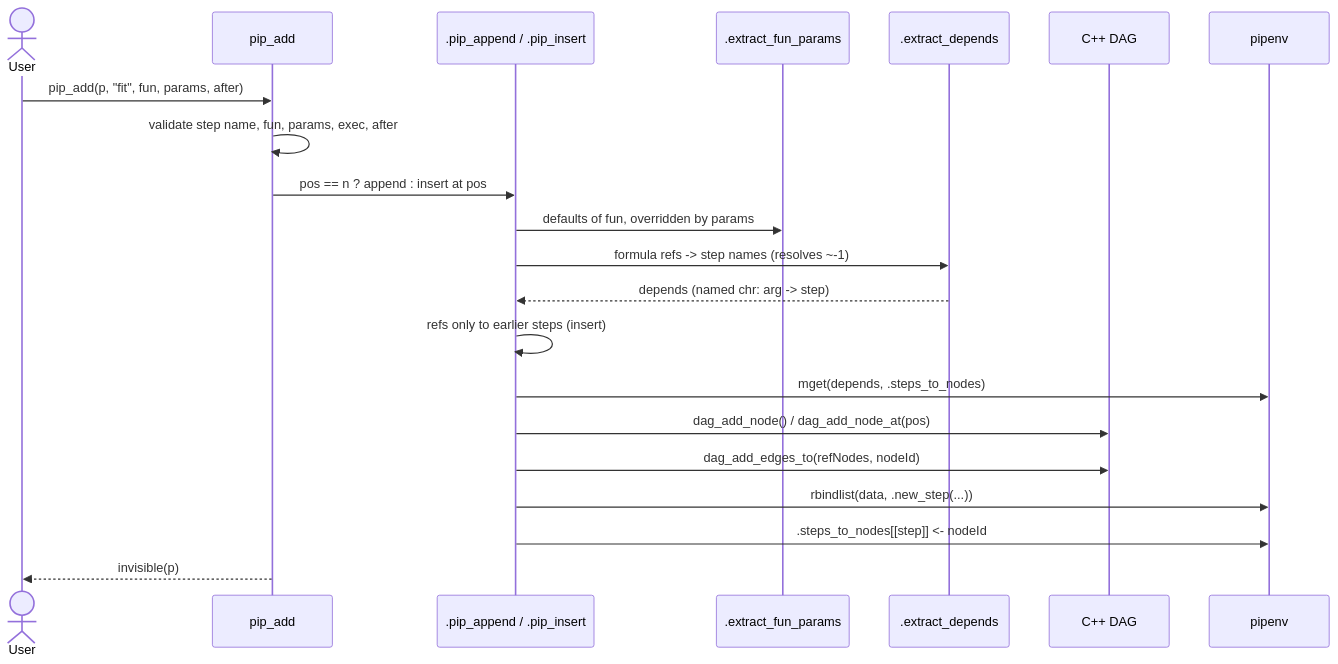
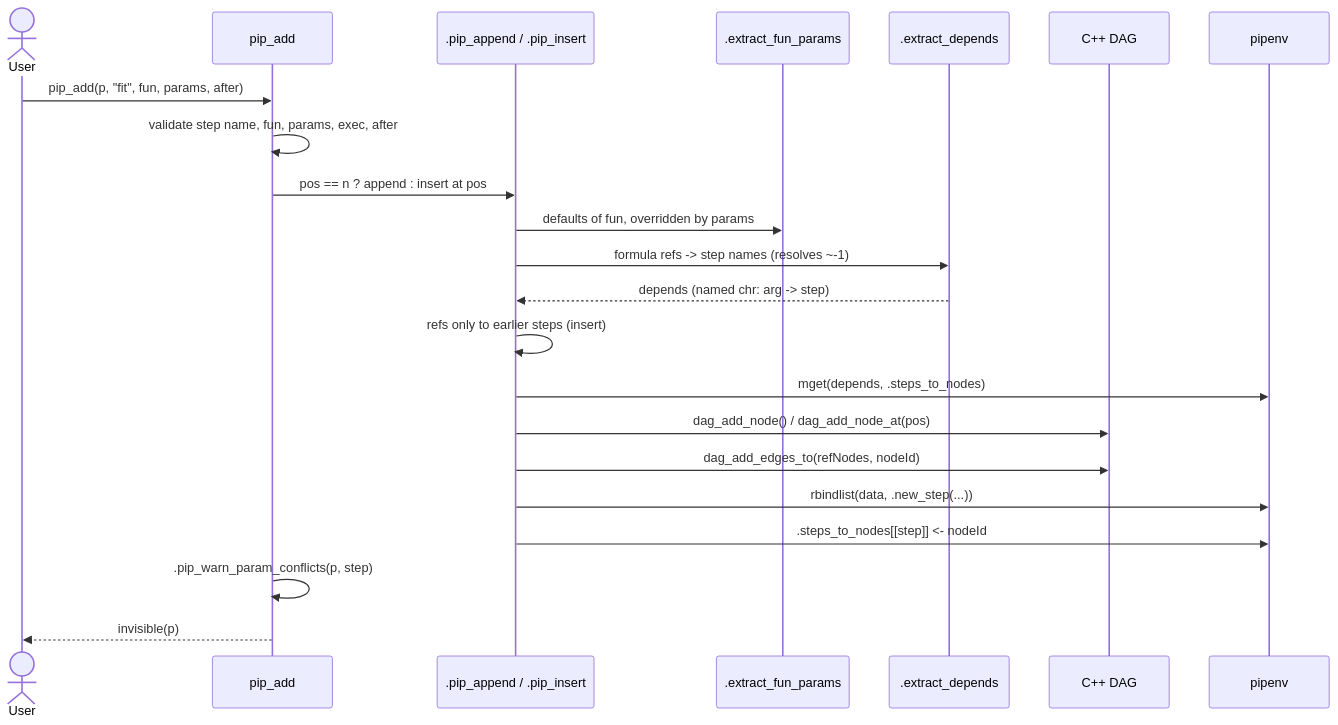
The fourth of 8 diagrams in dev/pipeflow.md (rpahl/pipeflow), drawn with Mermaid before and after one commit. The commit also changed other lines of this file and 14 other files, not shown here.

````diff
--- a/dev/pipeflow.md
+++ b/dev/pipeflow.md
@@ -309,24 +309,25 @@
 ```mermaid
 sequenceDiagram
     actor U as User
     participant A as pip_add
     participant I as .pip_append / .pip_insert
     participant P as .extract_fun_params
     participant D as .extract_depends
     participant G as C++ DAG
     participant E as pipenv
 
     U->>A: pip_add(p, "fit", fun, params, after)
     A->>A: validate step name, fun, params, exec, after
     A->>I: pos == n ? append : insert at pos
     I->>P: defaults of fun, overridden by params
     I->>D: formula refs -> step names (resolves ~-1)
     D-->>I: depends (named chr: arg -> step)
     I->>I: refs only to earlier steps (insert)
     I->>E: mget(depends, .steps_to_nodes)
     I->>G: dag_add_node() / dag_add_node_at(pos)
     I->>G: dag_add_edges_to(refNodes, nodeId)
     I->>E: rbindlist(data, .new_step(...))
     I->>E: .steps_to_nodes[[step]] <- nodeId
+    A->>A: .pip_warn_param_conflicts(p, step)
     A-->>U: invisible(p)
 ```
````
